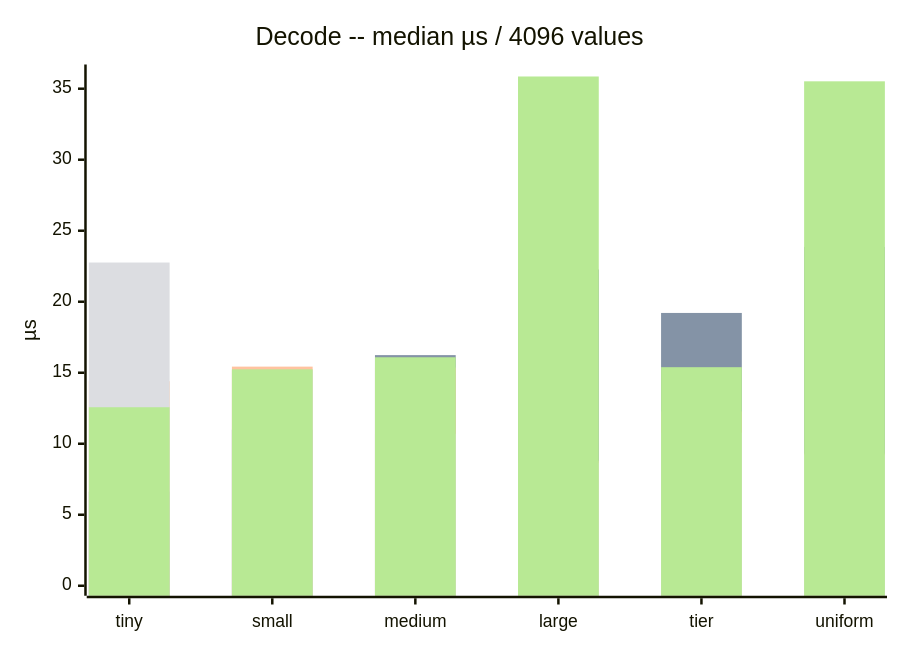
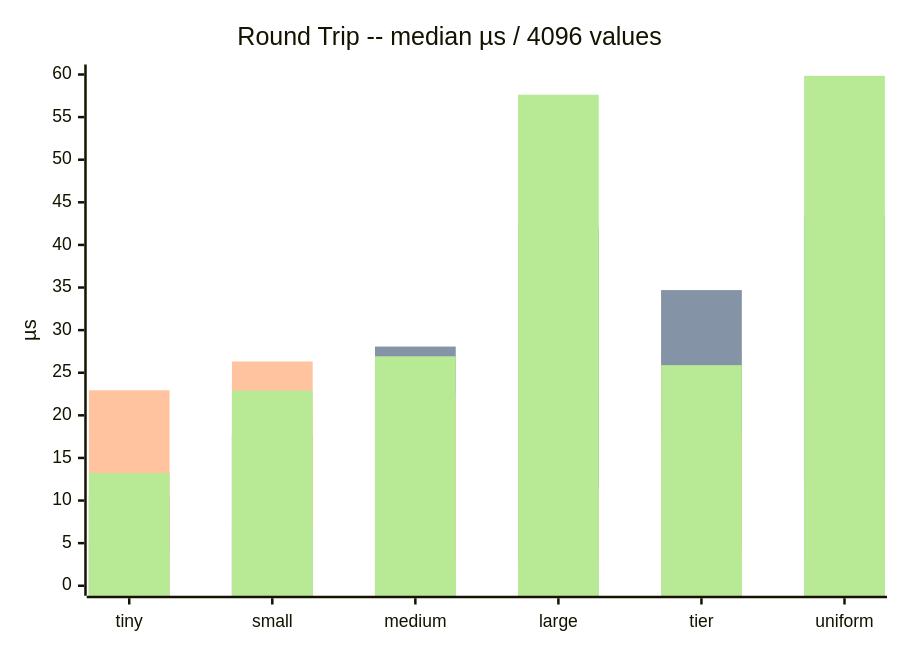
Diagram 20 of 20 in bijou64/SHOOTOUT_ANALYSIS.md (inkandswitch/subduction), drawn with Mermaid before and after one commit. The commit also changed other lines of this file, not shown here.

````diff
--- a/bijou64/SHOOTOUT_ANALYSIS.md
+++ b/bijou64/SHOOTOUT_ANALYSIS.md
@@ -85,11 +241,11 @@
 ```mermaid
 xychart-beta
-    title "Decode -- median µs / 4096 values"
+    title "Round Trip -- median µs / 4096 values"
     x-axis ["tiny", "small", "medium", "large", "tier", "uniform"]
-    y-axis "µs" 0 --> 36
-    bar [3.93, 9.36, 8.77, 10.05, 11.59, 10.34]
-    bar [6.62, 10.99, 16.24, 22.27, 19.21, 23.86]
-    bar [14.40, 15.43, 15.37, 8.80, 12.27, 9.30]
-    bar [22.76, 15.18, 10.70, 8.67, 10.78, 9.22]
-    bar [12.57, 15.24, 16.09, 35.86, 15.39, 35.52]
+    y-axis "µs" 0 --> 60
+    bar [4.96, 20.54, 27.87, 22.92, 27.50, 23.57]
+    bar [10.49, 17.76, 28.07, 41.98, 34.70, 43.46]
+    bar [22.94, 26.32, 22.52, 11.47, 17.43, 12.07]
+    bar [4.73, 7.06, 2.91, 2.61, 4.23, 2.77]
+    bar [13.22, 22.90, 26.93, 57.63, 25.89, 59.84]
 ```
````
